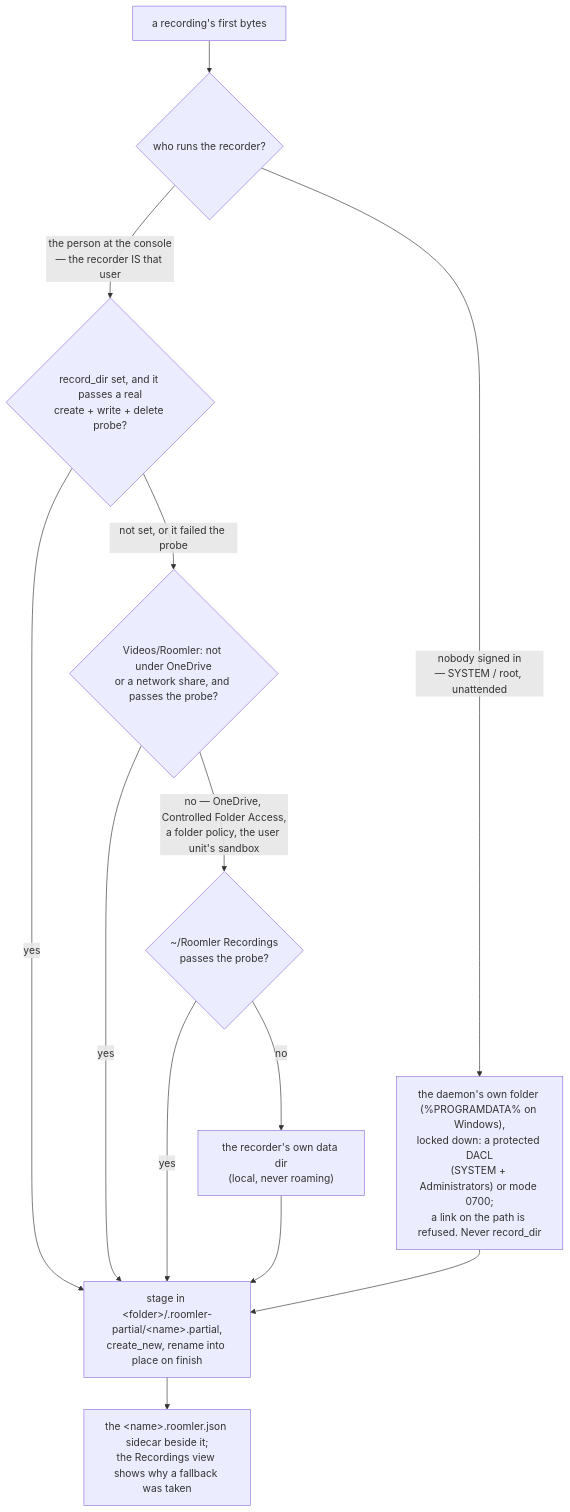
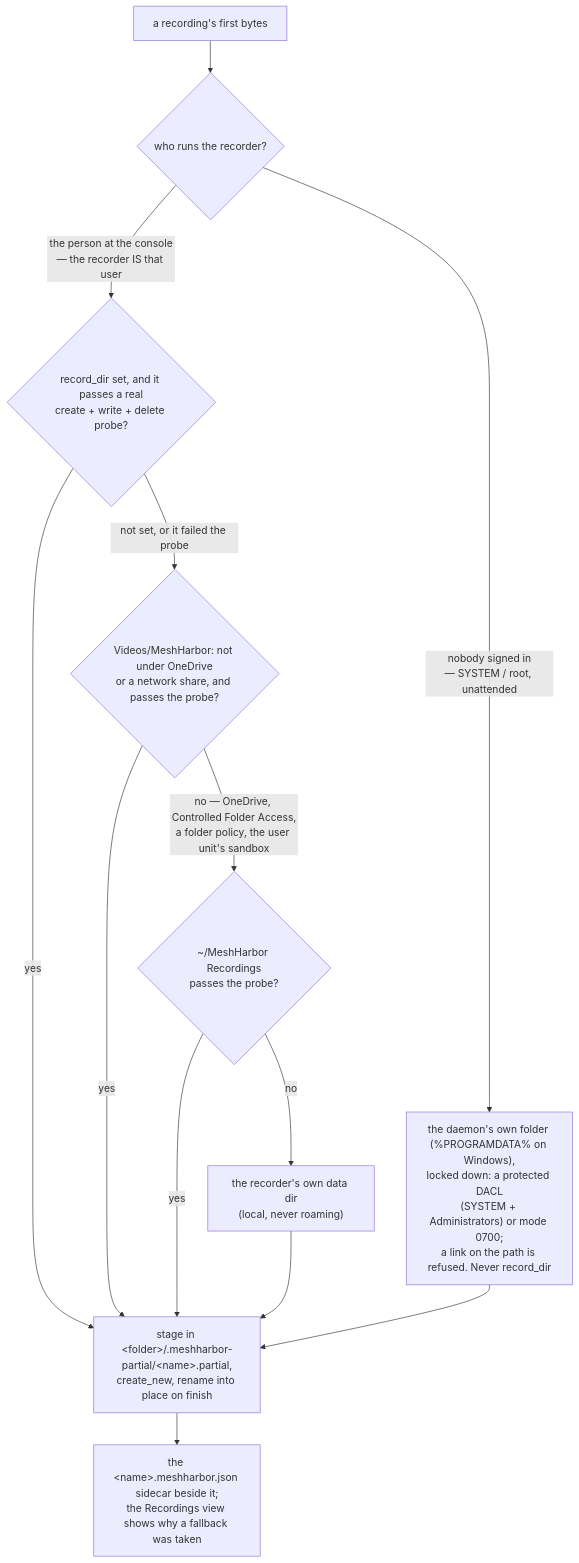
One commit to jk-zhang-meta/MeshHarbor changed the fourth of 15 diagrams in docs/recording.md. Above: the diagram before and after it, drawn with Mermaid. The commit also changed other lines of this file and 682 other files, not shown here.

````diff
--- a/docs/recording.md
+++ b/docs/recording.md
@@ -221,15 +221,15 @@
 ```mermaid
 flowchart TD
     BYTES["a recording's first bytes"] --> WHO{"who runs the recorder?"}
     WHO -->|"nobody signed in<br/>— SYSTEM / root, unattended"| SVC["the daemon's own folder (%PROGRAMDATA% on Windows),<br/>locked down: a protected DACL<br/>(SYSTEM + Administrators) or mode 0700;<br/>a link on the path is refused. Never record_dir"]
     WHO -->|"the person at the console<br/>— the recorder IS that user"| CFG{"record_dir set, and it passes a real<br/>create + write + delete probe?"}
-    CFG -->|"yes"| STAGE["stage in &lt;folder&gt;/.roomler-partial/&lt;name&gt;.partial,<br/>create_new, rename into place on finish"]
-    CFG -->|"not set, or it failed the probe"| DEF{"Videos/Roomler: not under OneDrive<br/>or a network share, and passes the probe?"}
+    CFG -->|"yes"| STAGE["stage in &lt;folder&gt;/.meshharbor-partial/&lt;name&gt;.partial,<br/>create_new, rename into place on finish"]
+    CFG -->|"not set, or it failed the probe"| DEF{"Videos/MeshHarbor: not under OneDrive<br/>or a network share, and passes the probe?"}
     DEF -->|"yes"| STAGE
-    DEF -->|"no — OneDrive, Controlled Folder Access,<br/>a folder policy, the user unit's sandbox"| ALT{"~/Roomler Recordings<br/>passes the probe?"}
+    DEF -->|"no — OneDrive, Controlled Folder Access,<br/>a folder policy, the user unit's sandbox"| ALT{"~/MeshHarbor Recordings<br/>passes the probe?"}
     ALT -->|"yes"| STAGE
     ALT -->|"no"| DATA["the recorder's own data dir<br/>(local, never roaming)"]
     DATA --> STAGE
-    STAGE --> SIDE["the &lt;name&gt;.roomler.json sidecar beside it;<br/>the Recordings view shows why a fallback was taken"]
+    STAGE --> SIDE["the &lt;name&gt;.meshharbor.json sidecar beside it;<br/>the Recordings view shows why a fallback was taken"]
     SVC --> STAGE
 ```
````
